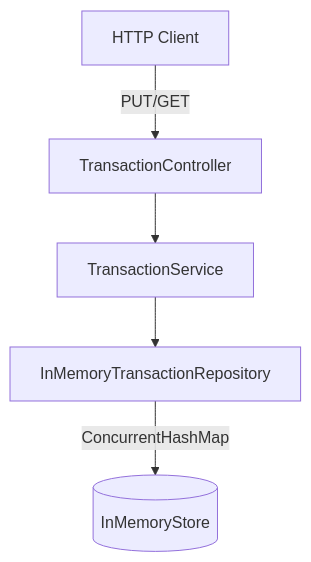
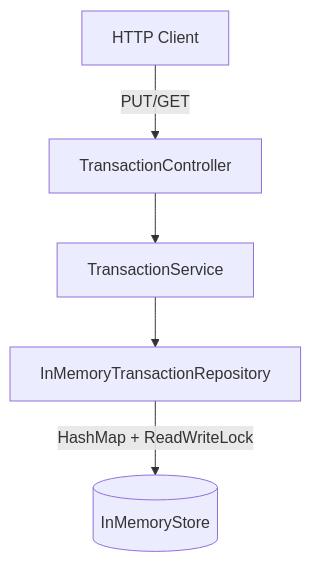
The diagram in docs/design.md (Aleitox/transactions-api), drawn with Mermaid before and after one commit. The commit also changed other lines of this file and 8 other files, not shown here.

````diff
--- a/docs/design.md
+++ b/docs/design.md
@@ -71,12 +71,12 @@
 ```mermaid
 flowchart TD
     Client[HTTP Client]
     Controller[TransactionController]
     Service[TransactionService]
     Repo[InMemoryTransactionRepository]
 
     Client -->|"PUT/GET"| Controller
     Controller --> Service
     Service --> Repo
-    Repo -->|"ConcurrentHashMap"| Store[(InMemoryStore)]
+    Repo -->|"HashMap + ReadWriteLock"| Store[(InMemoryStore)]
 ```
````
